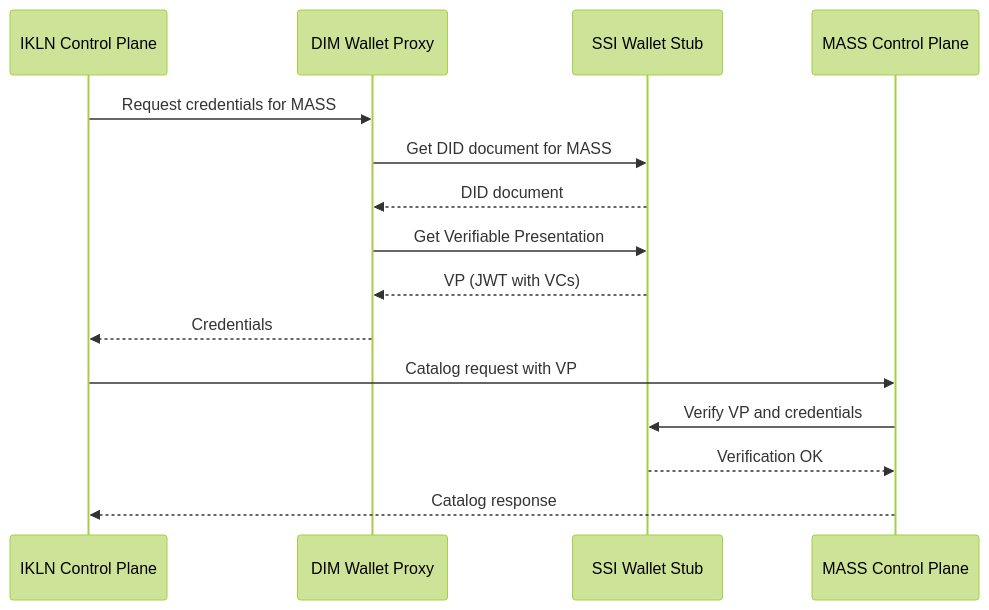
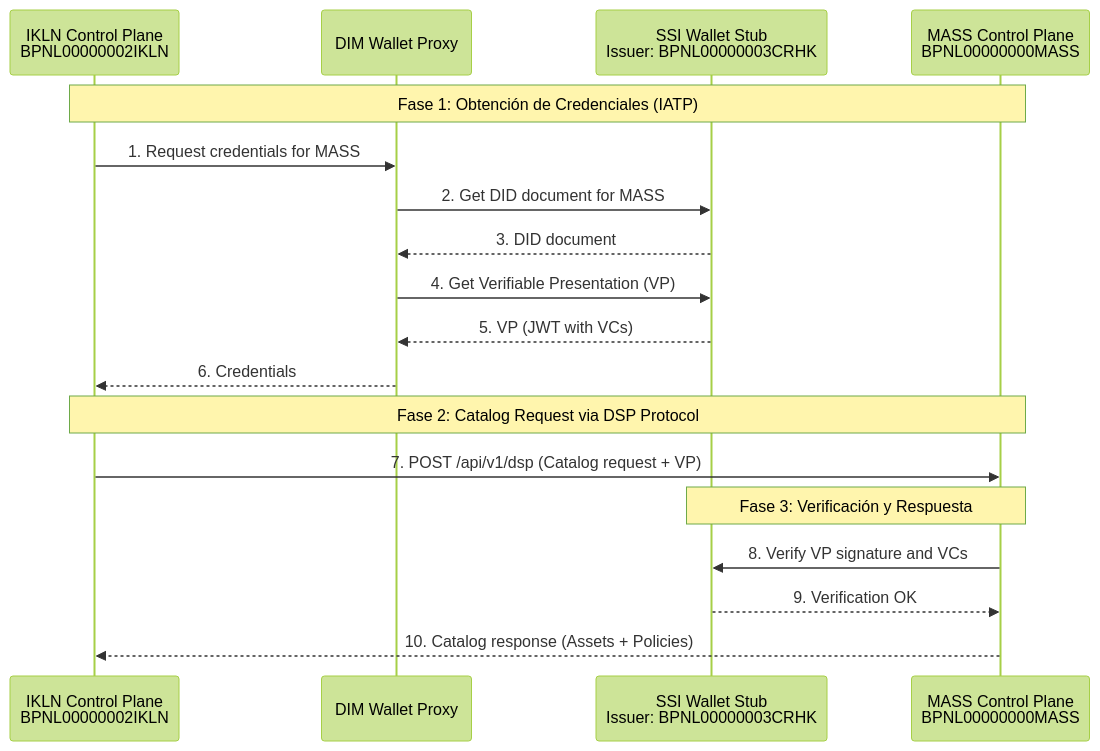
Before and after one commit to xmendialdua/tractus-x-umbrella: the diagram in documentacion/diagramas/catalog-request-sequence.mmd, drawn with Mermaid (forest theme). The commit also changed other lines of this file and 1 other file, not shown here.

Commit message:
Documentacion del sistema. Diagramas para la arquitectura general

````diff
--- a/documentacion/diagramas/catalog-request-sequence.mmd
+++ b/documentacion/diagramas/catalog-request-sequence.mmd
@@ -5,18 +1,21 @@
-```mermaid
 sequenceDiagram
-    participant IKLN as IKLN Control Plane
+    participant IKLN as IKLN Control Plane<br/>BPNL00000002IKLN
     participant Proxy as DIM Wallet Proxy
-    participant Wallet as SSI Wallet Stub
-    participant MASS as MASS Control Plane
+    participant Wallet as SSI Wallet Stub<br/>Issuer: BPNL00000003CRHK
+    participant MASS as MASS Control Plane<br/>BPNL00000000MASS
     
-    IKLN->>Proxy: Request credentials for MASS
-    Proxy->>Wallet: Get DID document for MASS
-    Wallet-->>Proxy: DID document
-    Proxy->>Wallet: Get Verifiable Presentation
-    Wallet-->>Proxy: VP (JWT with VCs)
-    Proxy-->>IKLN: Credentials
-    IKLN->>MASS: Catalog request with VP
-    MASS->>Wallet: Verify VP and credentials
-    Wallet-->>MASS: Verification OK
-    MASS-->>IKLN: Catalog response
-```
+    Note over IKLN,MASS: Fase 1: Obtención de Credenciales (IATP)
+    IKLN->>Proxy: 1. Request credentials for MASS
+    Proxy->>Wallet: 2. Get DID document for MASS
+    Wallet-->>Proxy: 3. DID document
+    Proxy->>Wallet: 4. Get Verifiable Presentation (VP)
+    Wallet-->>Proxy: 5. VP (JWT with VCs)
+    Proxy-->>IKLN: 6. Credentials
+    
+    Note over IKLN,MASS: Fase 2: Catalog Request via DSP Protocol
+    IKLN->>MASS: 7. POST /api/v1/dsp (Catalog request + VP)
+    
+    Note over MASS,Wallet: Fase 3: Verificación y Respuesta
+    MASS->>Wallet: 8. Verify VP signature and VCs
+    Wallet-->>MASS: 9. Verification OK
+    MASS-->>IKLN: 10. Catalog response (Assets + Policies)
````
